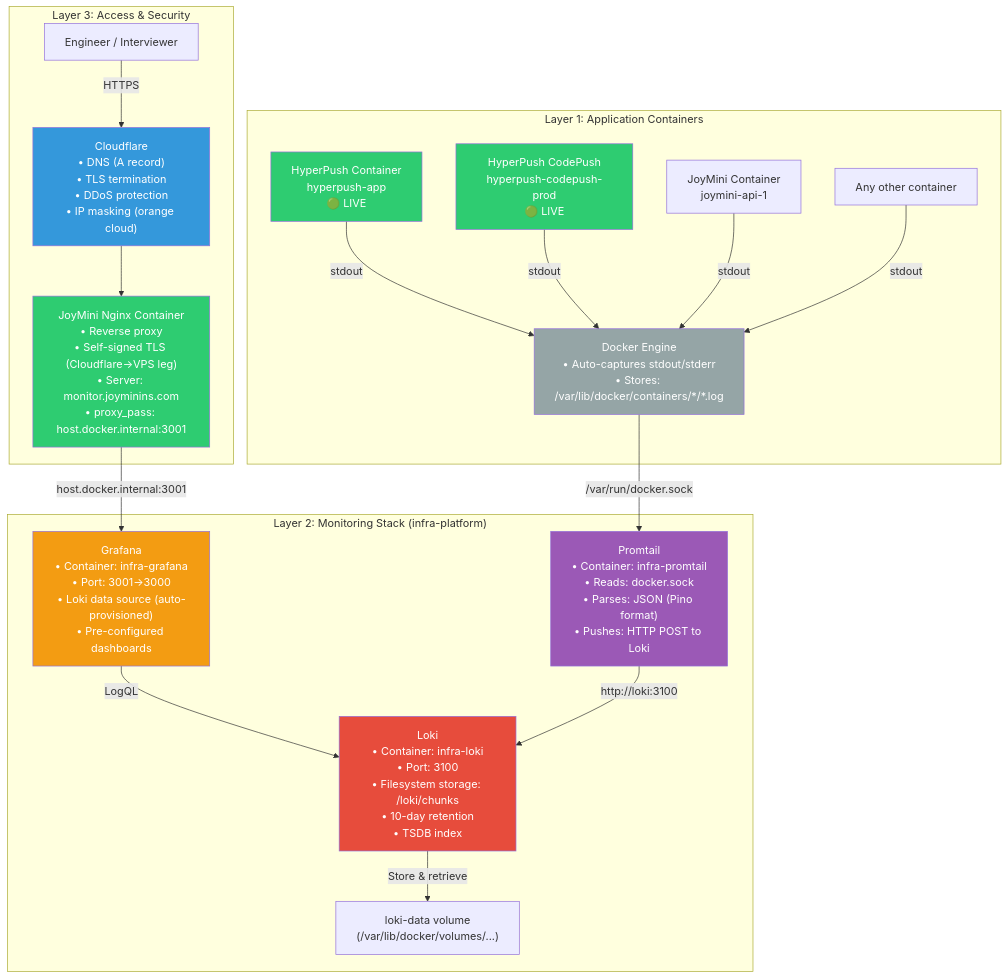
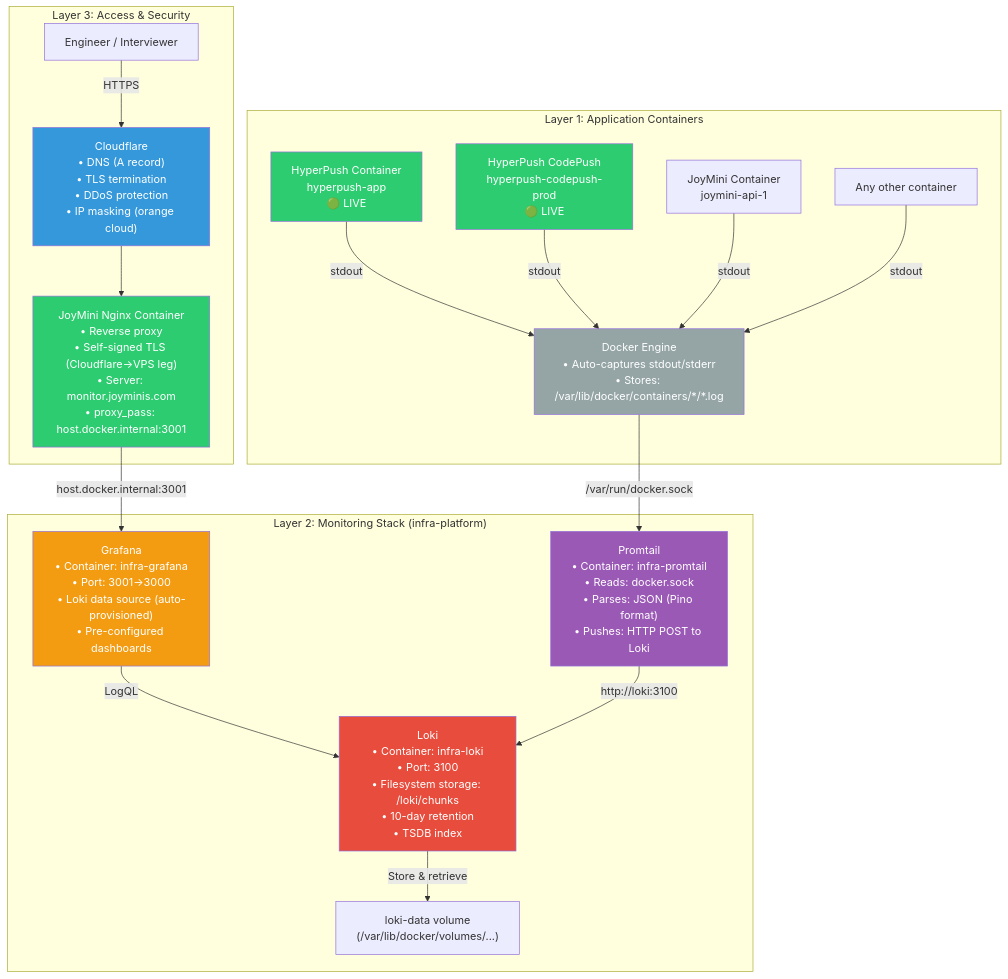
Before and after one commit to MrBigPorter/infra-platform: the diagram in docs/architecture.md, drawn with Mermaid. The commit also changed other lines of this file and 5 other files, not shown here.

Commit message:
fix: update domain from joyminins.com to joyminis.com in documentation and configuration

````diff
--- a/docs/architecture.md
+++ b/docs/architecture.md
@@ -9,31 +9,31 @@
 ```mermaid
 graph TB
     subgraph "Layer 3: Access & Security"
         User["Engineer / Interviewer"] -->|HTTPS| CF["Cloudflare<br/>• DNS (A record)<br/>• TLS termination<br/>• DDoS protection<br/>• IP masking (orange cloud)"]
-        CF --> JoyNginx["JoyMini Nginx Container<br/>• Reverse proxy<br/>• Self-signed TLS (Cloudflare→VPS leg)<br/>• Server: monitor.joyminins.com<br/>• proxy_pass: host.docker.internal:3001"]
+        CF --> JoyNginx["JoyMini Nginx Container<br/>• Reverse proxy<br/>• Self-signed TLS (Cloudflare→VPS leg)<br/>• Server: monitor.joyminis.com<br/>• proxy_pass: host.docker.internal:3001"]
     end
 
     subgraph "Layer 2: Monitoring Stack (infra-platform)"
         JoyNginx -->|host.docker.internal:3001| Grafana["Grafana<br/>• Container: infra-grafana<br/>• Port: 3001→3000<br/>• Loki data source (auto-provisioned)<br/>• Pre-configured dashboards"]
         Grafana -->|LogQL| Loki["Loki<br/>• Container: infra-loki<br/>• Port: 3100<br/>• Filesystem storage: /loki/chunks<br/>• 10-day retention<br/>• TSDB index"]
         Loki -->|Store & retrieve| LokiVol["loki-data volume<br/>(/var/lib/docker/volumes/...)"]
         Promtail["Promtail<br/>• Container: infra-promtail<br/>• Reads: docker.sock<br/>• Parses: JSON (Pino format)<br/>• Pushes: HTTP POST to Loki"] -->|http://loki:3100| Loki
     end
 
     subgraph "Layer 1: Application Containers"
         HP["HyperPush Container<br/>hyperpush-app<br/>🟢 LIVE"] -->|stdout| Docker
         HP_CP["HyperPush CodePush<br/>hyperpush-codepush-prod<br/>🟢 LIVE"] -->|stdout| Docker
         JM["JoyMini Container<br/>joymini-api-1"] -->|stdout| Docker
         Other["Any other container"] -->|stdout| Docker
         Docker["Docker Engine<br/>• Auto-captures stdout/stderr<br/>• Stores: /var/lib/docker/containers/*/*.log"] -->|"/var/run/docker.sock"| Promtail
     end
 
     style HP fill:#2ECC71,color:#fff
     style HP_CP fill:#2ECC71,color:#fff
     style CF fill:#3498DB,color:#fff
     style JoyNginx fill:#2ECC71,color:#fff
     style Grafana fill:#F39C12,color:#fff
     style Loki fill:#E74C3C,color:#fff
     style Promtail fill:#9B59B6,color:#fff
     style Docker fill:#95A5A6,color:#fff
 ```
````
